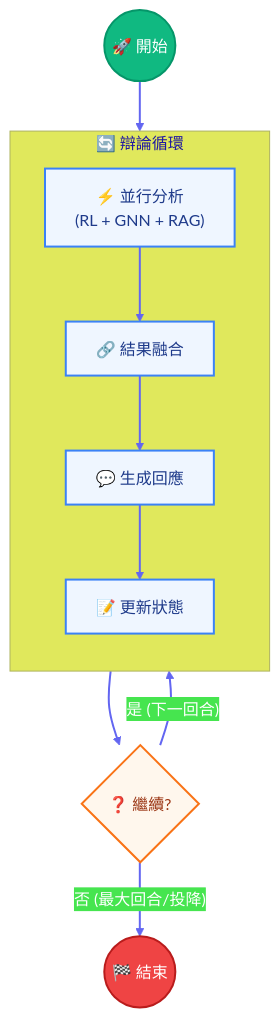
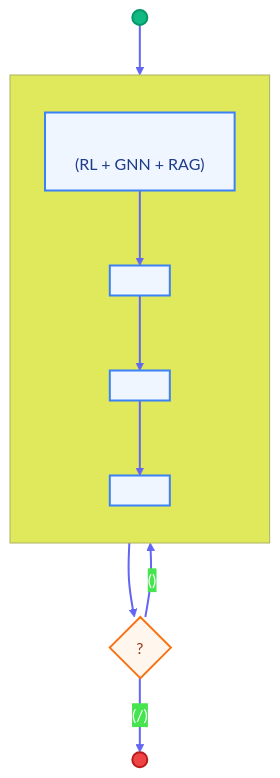
The sixth of 8 diagrams in README.md (AluminumShark/Social-Debate-AI), drawn with Mermaid before and after one commit. The commit also changed other lines of this file and 32 other files, not shown here.

````diff
--- a/README.md
+++ b/README.md
@@ -522,31 +522,31 @@
 ```mermaid
 %%{init: {'theme': 'base', 'themeVariables': { 'primaryColor': '#4f46e5', 'primaryTextColor': '#fff', 'primaryBorderColor': '#4338ca', 'lineColor': '#818cf8'}}}%%
 flowchart TB
     %% Define styles
     classDef start fill:#10b981,stroke:#059669,stroke-width:2px,color:white;
     classDef process fill:#eff6ff,stroke:#3b82f6,stroke-width:2px,color:#1e3a8a;
     classDef decision fill:#fff7ed,stroke:#f97316,stroke-width:2px,color:#9a3412;
     classDef endNode fill:#ef4444,stroke:#b91c1c,stroke-width:2px,color:white;
 
-    Start(("🚀 開始")):::start
-    End(("🏁 結束")):::endNode
+    Start((" ")):::start
+    End((" ")):::endNode
 
-    subgraph Cycle["🔄 辯論循環"]
+    subgraph Cycle[" "]
         direction TB
-        Analyze["⚡ 並行分析<br/>(RL + GNN + RAG)"]:::process
-        Fuse["🔗 結果融合"]:::process
-        Gen["💬 生成回應"]:::process
-        Update["📝 更新狀態"]:::process
+        Analyze[" <br/>(RL + GNN + RAG)"]:::process
+        Fuse[" "]:::process
+        Gen[" "]:::process
+        Update[" "]:::process
         
         Analyze --> Fuse --> Gen --> Update
     end
 
-    Check{"❓ 繼續?"}:::decision
+    Check{" ?"}:::decision
 
     Start --> Analyze
     Update --> Check
-    Check -->|"是 (下一回合)"| Analyze
-    Check -->|"否 (最大回合/投降)"| End
+    Check -->|" ()"| Analyze
+    Check -->|" (/)"| End
 
     linkStyle default stroke:#6366f1,stroke-width:2px;
 ```
````
